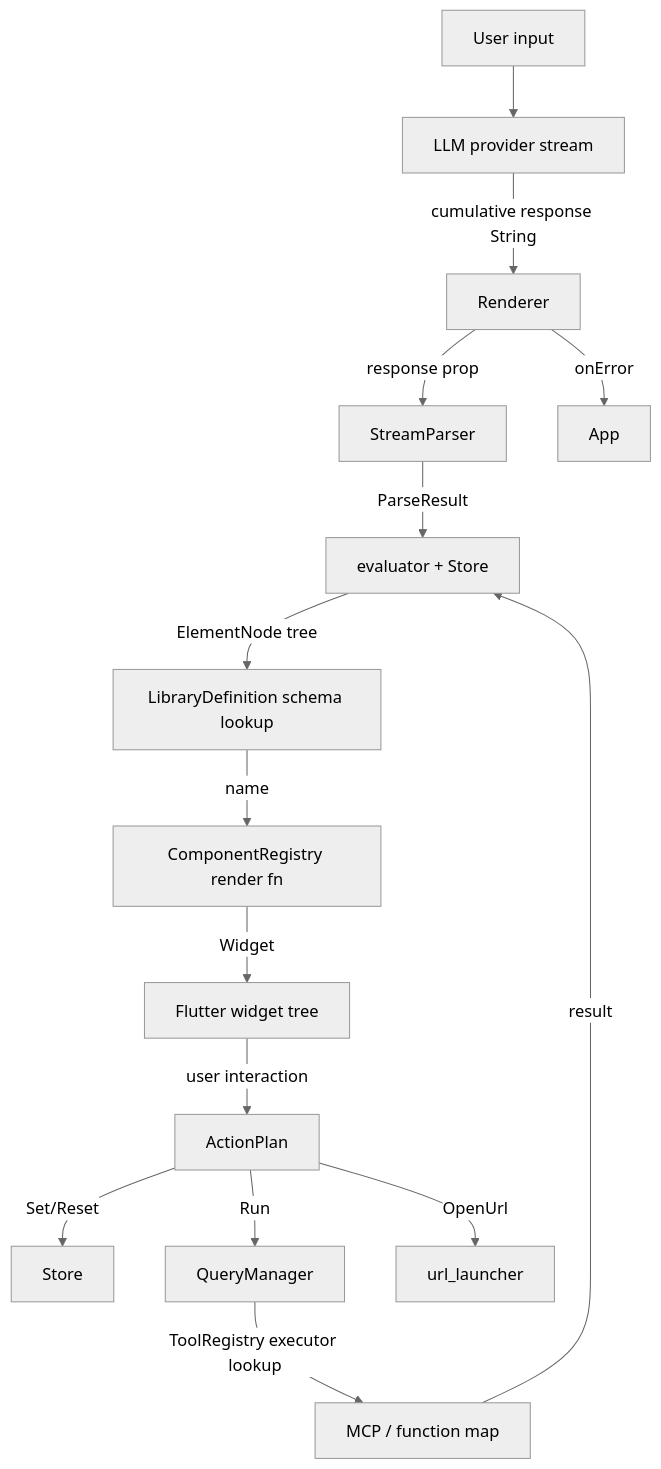
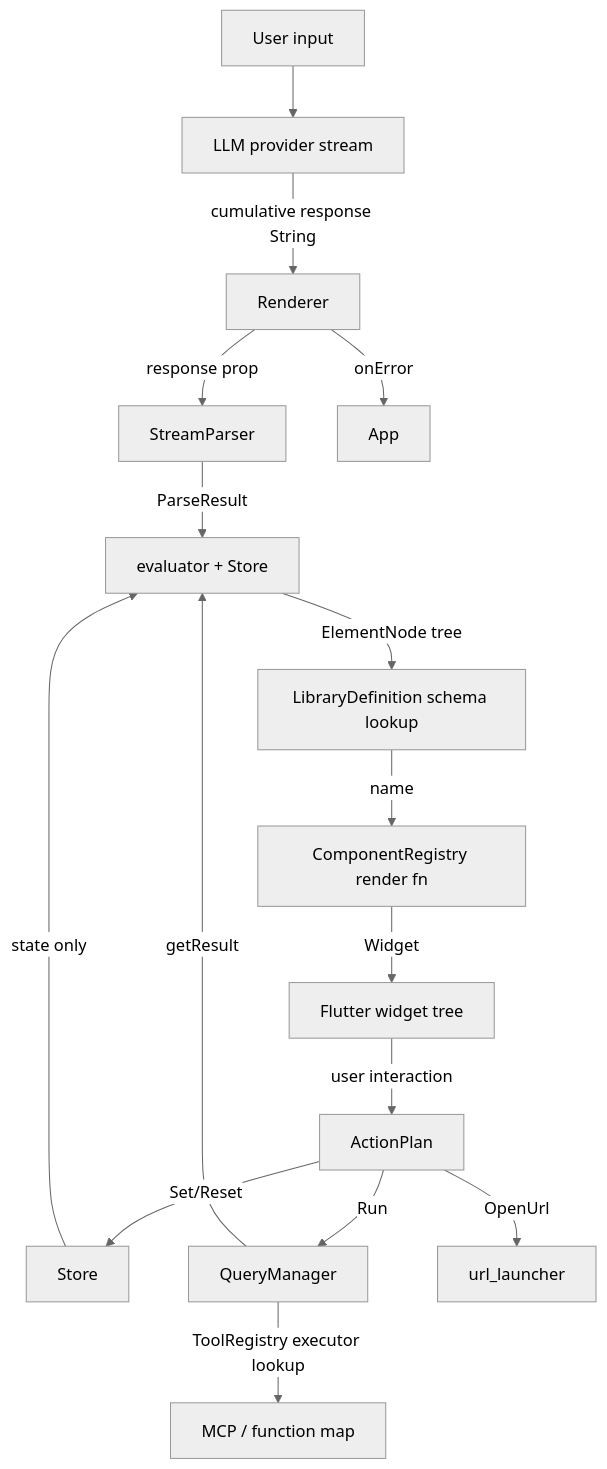
One commit to mtwichel/openui_flutter changed the second of 2 diagrams in docs/architecture.md. Above: the diagram before and after it, drawn with Mermaid (neutral theme). The commit also changed other lines of this file and 34 other files, not shown here.

````diff
--- a/docs/architecture.md
+++ b/docs/architecture.md
@@ -48,17 +48,18 @@
 ```mermaid
 flowchart TD
   User[User input] --> LLM[LLM provider stream]
   LLM -->|cumulative response String| Renderer
   Renderer -->|response prop| Parser[StreamParser]
   Parser -->|ParseResult| Evaluator[evaluator + Store]
   Evaluator -->|ElementNode tree| DefLookup[LibraryDefinition schema lookup]
   DefLookup -->|name| RegLookup[ComponentRegistry render fn]
   RegLookup -->|Widget| Tree[Flutter widget tree]
   Tree -->|user interaction| ActionPlan
   ActionPlan -->|Set/Reset| Store
   ActionPlan -->|Run| QueryManager
+  QueryManager -->|getResult| Evaluator
   QueryManager -->|ToolRegistry executor lookup| ToolExec[MCP / function map]
-  ToolExec -->|result| Evaluator
+  Store -->|state only| Evaluator
   ActionPlan -->|OpenUrl| UrlLauncher[url_launcher]
   Renderer -->|onError| App
 ```
````
